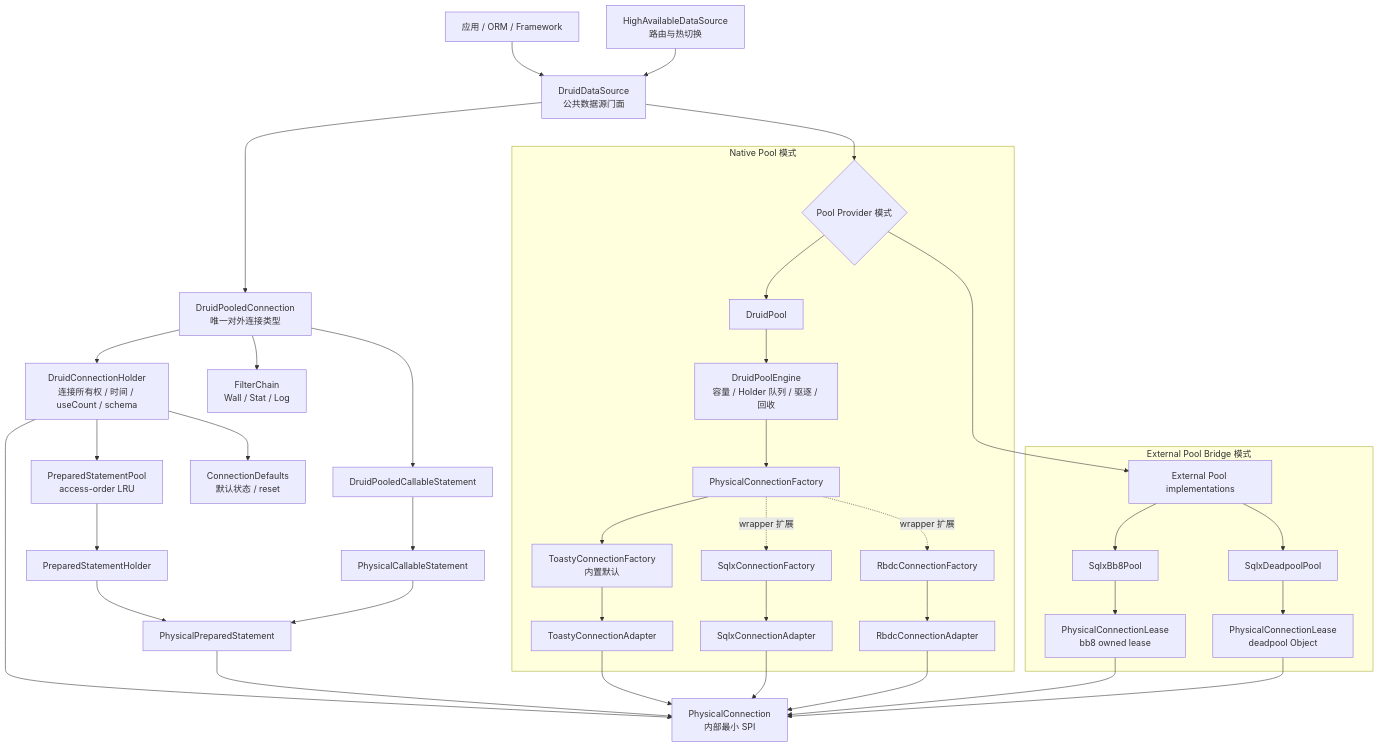
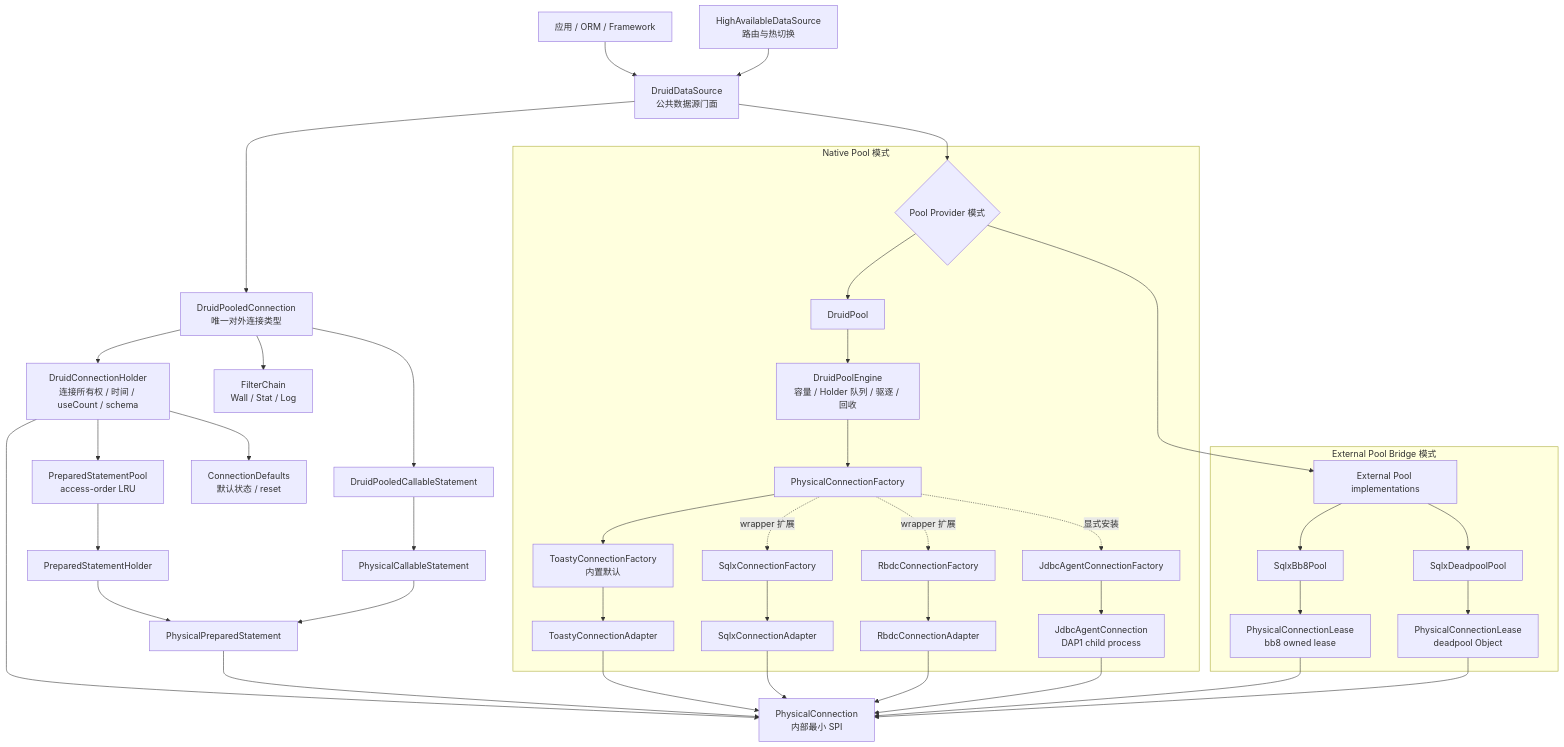
One commit to easy-4-rust/druid-rust changed the first of 9 diagrams in docs/连接抽象与驱动适配架构.md. Above: the diagram before and after it, drawn with Mermaid. The commit also changed other lines of this file and 62 other files, not shown here.

Commit message:
feat(driver): 添加 80 数据库目录与 JDBC Agent 接入

````diff
--- a/docs/连接抽象与驱动适配架构.md
+++ b/docs/连接抽象与驱动适配架构.md
@@ -101,46 +104,49 @@
 ```mermaid
 flowchart TB
     App["应用 / ORM / Framework"] --> DataSource["DruidDataSource<br/>公共数据源门面"]
     Dynamic["HighAvailableDataSource<br/>路由与热切换"] --> DataSource
     DataSource --> Pooled["DruidPooledConnection<br/>唯一对外连接类型"]
 
     Pooled --> Filter["FilterChain<br/>Wall / Stat / Log"]
     Pooled --> Holder["DruidConnectionHolder<br/>连接所有权 / 时间 / useCount / schema"]
     Holder --> Physical["PhysicalConnection<br/>内部最小 SPI"]
     Holder --> Defaults["ConnectionDefaults<br/>默认状态 / reset"]
     Holder --> PsCache["PreparedStatementPool<br/>access-order LRU"]
     PsCache --> PsHolder["PreparedStatementHolder"]
     PsHolder --> PhysicalPrepared["PhysicalPreparedStatement"]
     PhysicalPrepared --> Physical
     Pooled --> Callable["DruidPooledCallableStatement"]
     Callable --> PhysicalCallable["PhysicalCallableStatement"]
     PhysicalCallable --> PhysicalPrepared
 
     DataSource --> Provider{"Pool Provider 模式"}
 
     subgraph native ["Native Pool 模式"]
         Provider --> NativeProvider["DruidPool"]
         NativeProvider --> PoolEngine["DruidPoolEngine<br/>容量 / Holder 队列 / 驱逐 / 回收"]
         PoolEngine --> Factory["PhysicalConnectionFactory"]
         Factory --> ToastyDirect["ToastyConnectionFactory<br/>内置默认"]
         Factory -. "wrapper 扩展" .-> SqlxDirect["SqlxConnectionFactory"]
         Factory -. "wrapper 扩展" .-> RbdcDirect["RbdcConnectionFactory"]
+        Factory -. "显式安装" .-> AgentFactory["JdbcAgentConnectionFactory"]
         ToastyDirect --> ToastyAdapter["ToastyConnectionAdapter"]
         SqlxDirect --> SqlxAdapter["SqlxConnectionAdapter"]
         RbdcDirect --> RbdcAdapter["RbdcConnectionAdapter"]
+        AgentFactory --> AgentAdapter["JdbcAgentConnection<br/>DAP1 child process"]
     end
 
     subgraph bridge ["External Pool Bridge 模式"]
         Provider --> ExternalProvider["External Pool implementations"]
         ExternalProvider --> Bb8["SqlxBb8Pool"]
         ExternalProvider --> Deadpool["SqlxDeadpoolPool"]
         Bb8 --> Bb8Lease["PhysicalConnectionLease<br/>bb8 owned lease"]
         Deadpool --> DeadpoolLease["PhysicalConnectionLease<br/>deadpool Object"]
     end
 
     ToastyAdapter --> Physical
     SqlxAdapter --> Physical
     RbdcAdapter --> Physical
+    AgentAdapter --> Physical
     Bb8Lease --> Physical
     DeadpoolLease --> Physical
 ```
````
